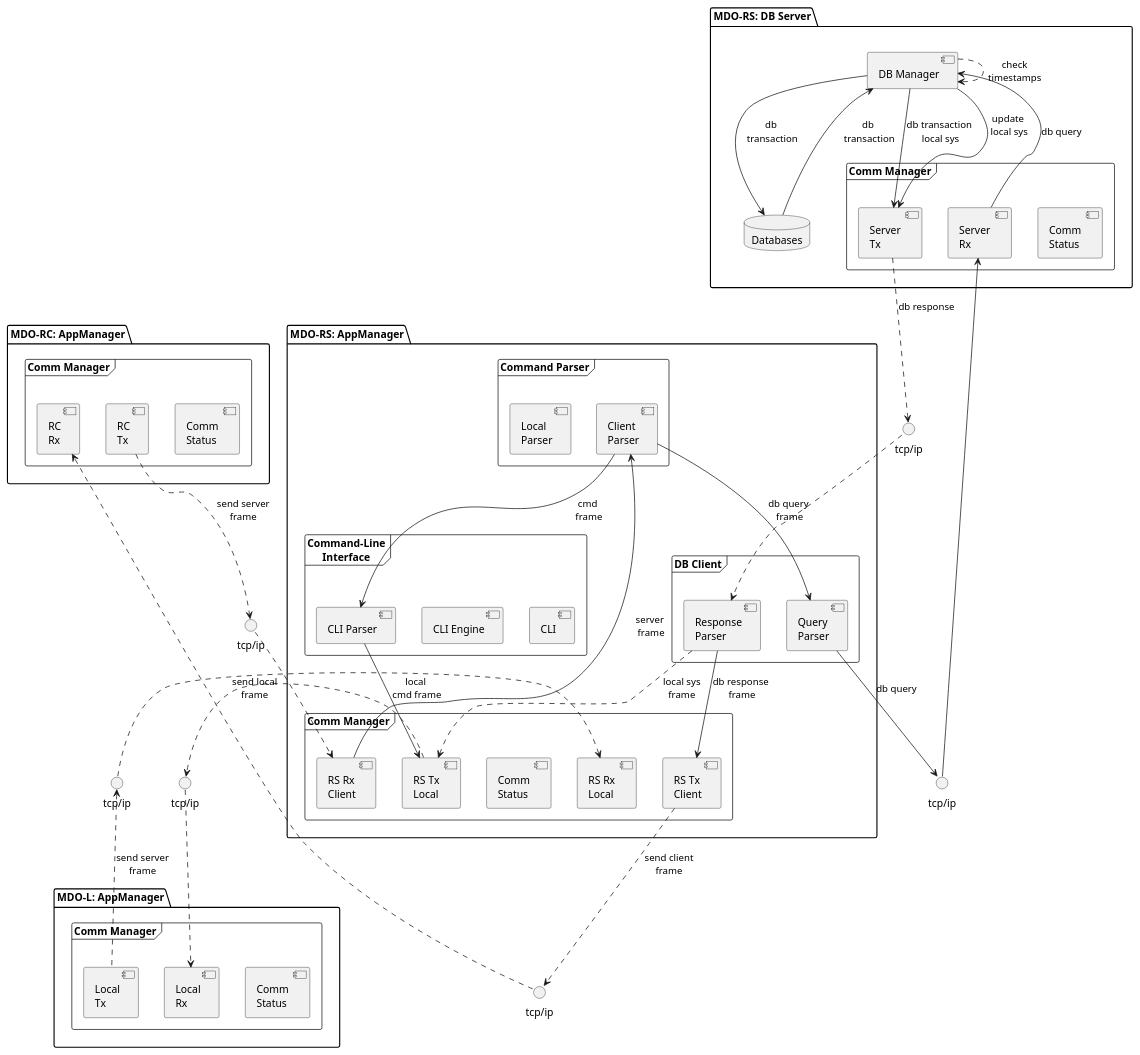
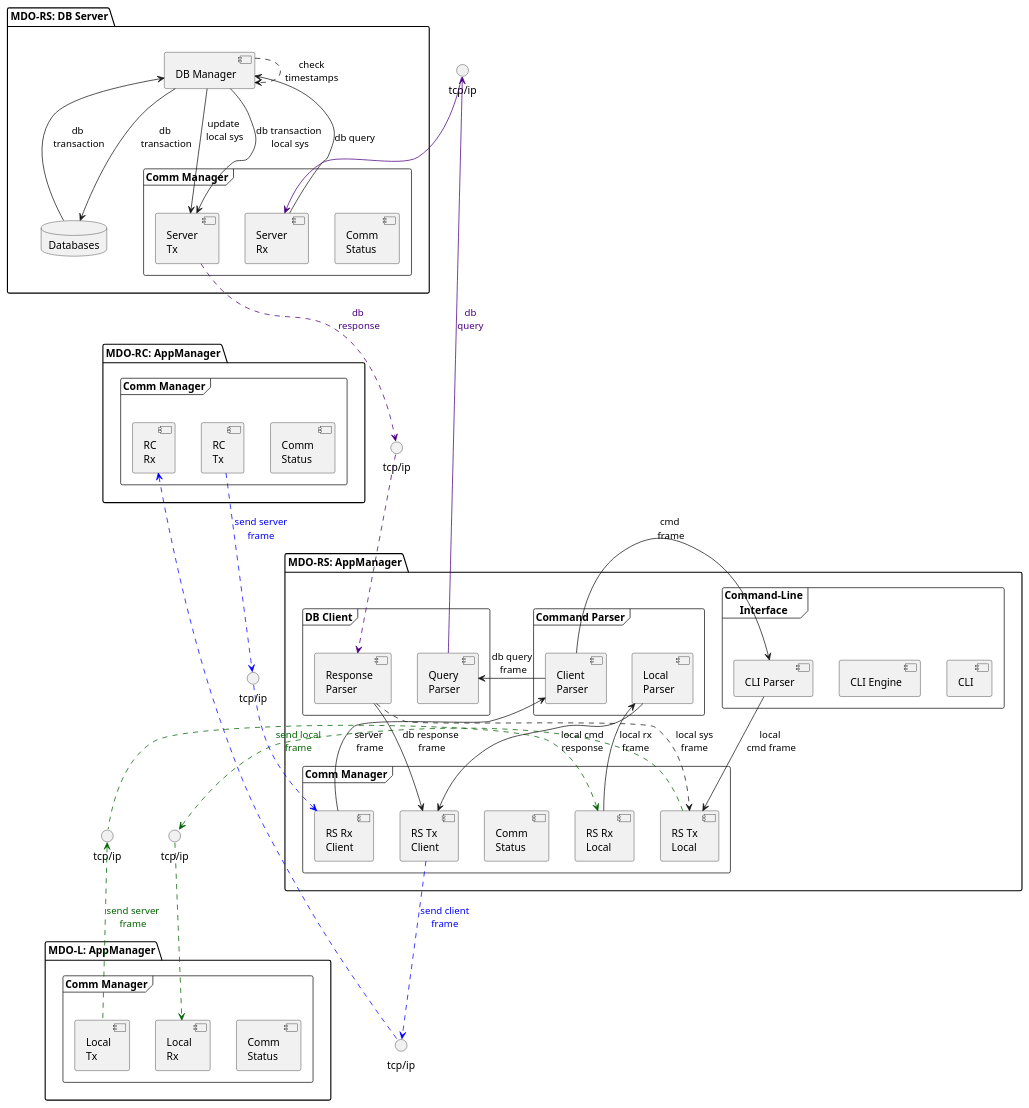
Before and after one commit to ElectroQuanta/MDO: diagram 31 of 42 in Proj/readme.org, drawn with PlantUML. The commit also changed 5 other files, not shown here.

```diff
--- a/Proj/readme.org
+++ b/Proj/readme.org
@@ -2082,20 +2082,20 @@
 
 '' MDO-RS
 '' Client Connections
-[RCT] ..> sockRC_RS: send server\nframe
-sockRC_RS ..> [RSRC] 
-[RSTC] ..> sockRS_RC: send client\nframe
-sockRS_RC ..> [RCR]
+[RCT] ..> sockRC_RS #blue: <color:blue>send server\n<color:blue>frame
+sockRC_RS ..> [RSRC] #blue
+[RSTC] ..> sockRS_RC #blue: <color:blue>send client\n<color:blue>frame
+sockRS_RC ..> [RCR] #blue
 '' Local connections
-[RSTL] .r.> sockRS_L: send local\nframe 
-sockRS_L .d.> [LCR]
-[LCT] .u.> sockL_RS: send server\nframe 
-sockL_RS .l.> [RSRL]
+[RSTL] .r.> sockRS_L #darkgreen: <color:darkgreen>send local\n<color:darkgreen>frame
+sockRS_L .d.> [LCR] #darkgreen
+[LCT] .u.> sockL_RS #darkgreen: <color:darkgreen>send server\n<color:darkgreen>frame
+sockL_RS .l.> [RSRL] #darkgreen
 '' Database connections
-[RSQP] --> sockRS_SQL: db query
-sockRS_SQL --> [SERVRx]
-[SERVTx] ..> sockSQL_RS: db response 
-sockSQL_RS ..> [RSRP]
+[RSQP] --> sockRS_SQL #indigo: <color:indigo>db\n<color:indigo>query
+sockRS_SQL --> [SERVRx] #indigo
+[SERVTx] ..> sockSQL_RS #indigo: <color:indigo>db \n<color:indigo>response 
+sockSQL_RS ..> [RSRP] #indigo
 
 '' Internal logic
 [RSRC] --> [RSCP]: server\n frame
@@ -2104,6 +2104,8 @@
 [CLIP] --> [RSTL]: local \ncmd frame
 [RSRP] --> [RSTC]: db response\n frame
 [RSRP] ..> [RSTL]: local sys\nframe 
+[RSRL] --> [RSLP]: local rx\nframe
+[RSLP] --> [RSTC]: local cmd\nresponse
 
 '' Server
 [RSDBM2] ..> [RSDBM2]: check\ntimestamps
```
